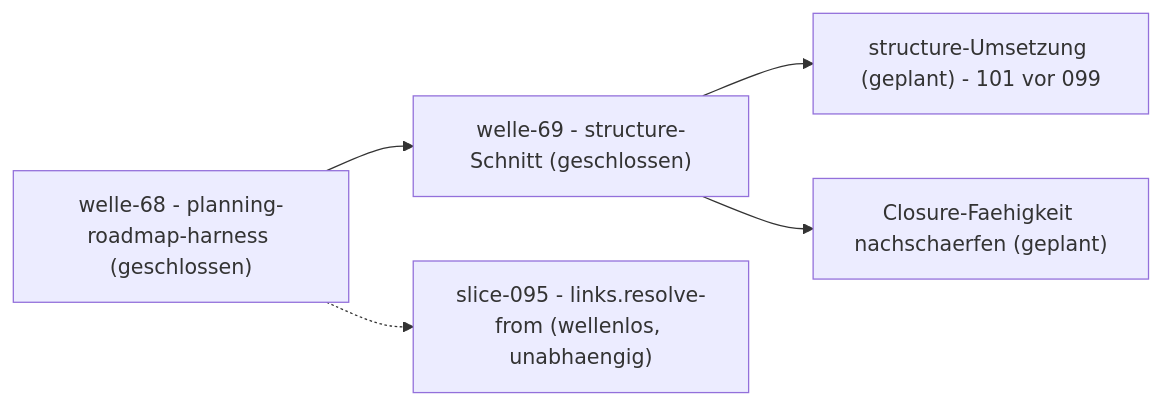
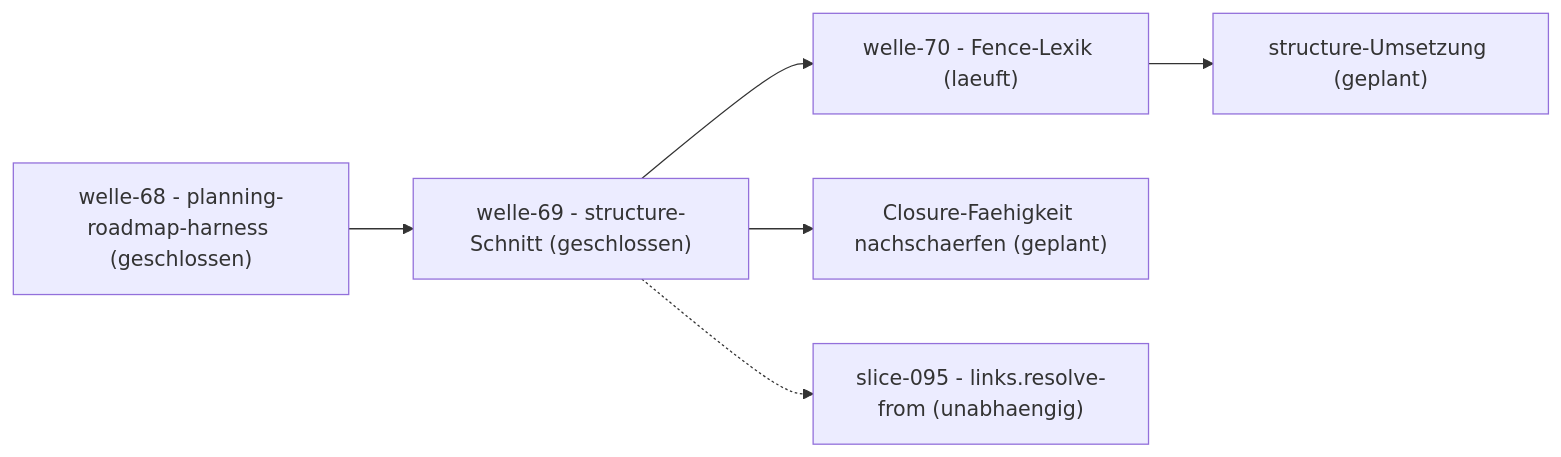
The diagram in docs/plan/planning/in-progress/roadmap.md (pt9912/d-check), drawn with Mermaid before and after one commit. The commit also changed other lines of this file and 7 other files, not shown here.

First line of the commit message:
docs(plan): welle-70 eroeffnet + slice-101 nach in-progress/ (slice-101)

````diff
--- a/docs/plan/planning/in-progress/roadmap.md
+++ b/docs/plan/planning/in-progress/roadmap.md
@@ -50,12 +54,14 @@
 ```mermaid
 flowchart LR
     W68["welle-68 - planning-roadmap-harness (geschlossen)"]
     W69["welle-69 - structure-Schnitt (geschlossen)"]
-    WU["structure-Umsetzung (geplant) - 101 vor 099"]
+    W70["welle-70 - Fence-Lexik (laeuft)"]
+    WU["structure-Umsetzung (geplant)"]
     WC["Closure-Faehigkeit nachschaerfen (geplant)"]
-    S95["slice-095 - links.resolve-from (wellenlos, unabhaengig)"]
+    S95["slice-095 - links.resolve-from (unabhaengig)"]
     W68 --> W69
-    W69 --> WU
+    W69 --> W70
+    W70 --> WU
     W69 --> WC
-    W68 -.-> S95
+    W69 -.-> S95
 ```
````
